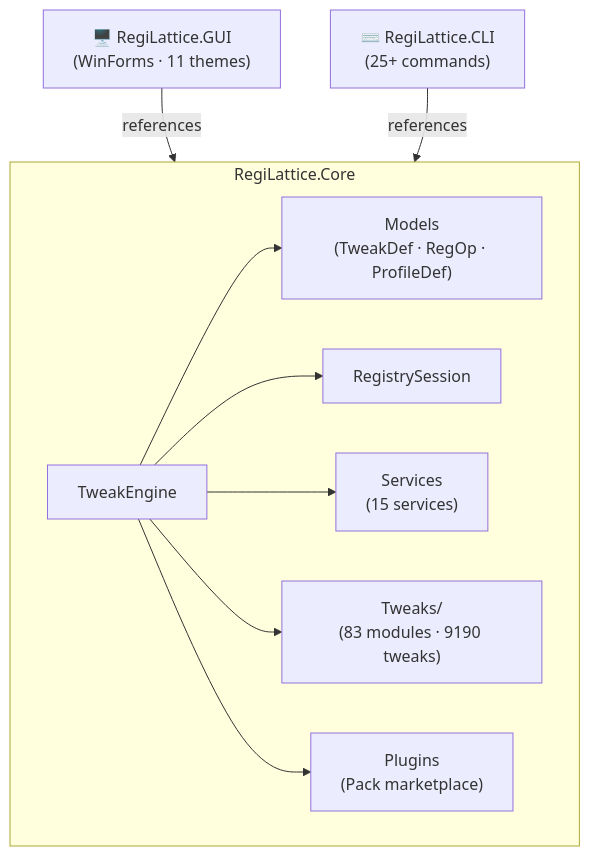
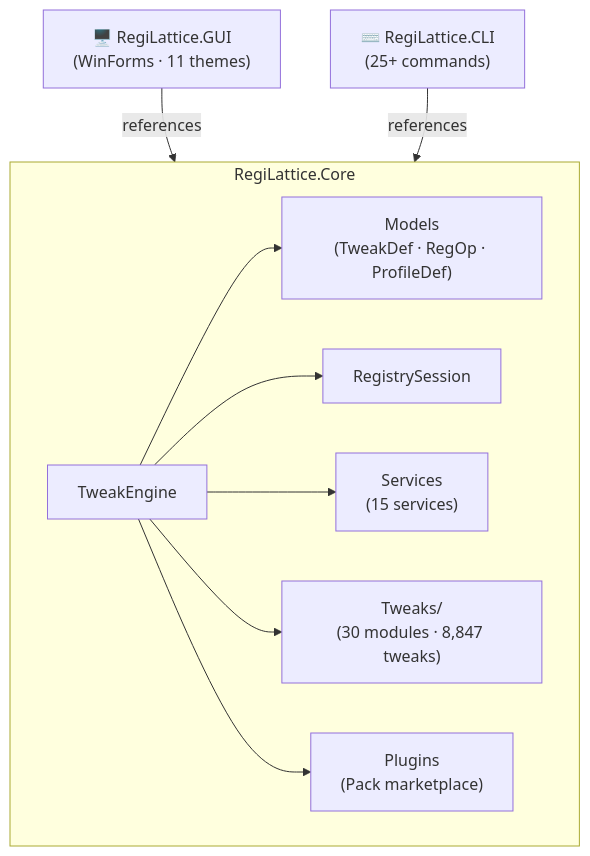
One commit to RajwanYair/RegiLattice changed the first of 8 diagrams in docs/Architecture.md. Above: the diagram before and after it, drawn with Mermaid. The commit also changed 13 other files, not shown here.

````diff
--- a/docs/Architecture.md
+++ b/docs/Architecture.md
@@ -12,24 +12,24 @@
 ```mermaid
 graph TD
     GUI["🖥️ RegiLattice.GUI\n(WinForms · 11 themes)"]
     CLI["⌨️ RegiLattice.CLI\n(25+ commands)"]
     Core["🔧 RegiLattice.Core\n(engine · models · services)"]
 
     GUI -->|references| Core
     CLI -->|references| Core
 
     subgraph Core ["RegiLattice.Core"]
         TweakEngine["TweakEngine"]
         Models["Models\n(TweakDef · RegOp · ProfileDef)"]
         Registry["RegistrySession"]
         Services["Services\n(15 services)"]
-        Tweaks["Tweaks/\n(83 modules · 9190 tweaks)"]
+        Tweaks["Tweaks/\n(30 modules · 8,847 tweaks)"]
         Plugins["Plugins\n(Pack marketplace)"]
 
         TweakEngine --> Models
         TweakEngine --> Registry
         TweakEngine --> Services
         TweakEngine --> Tweaks
         TweakEngine --> Plugins
     end
 ```
````
